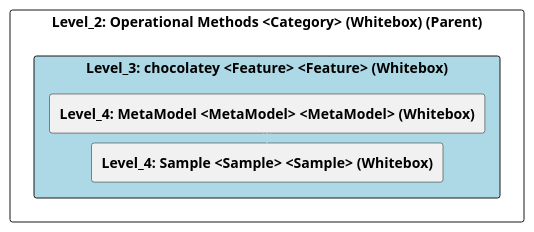
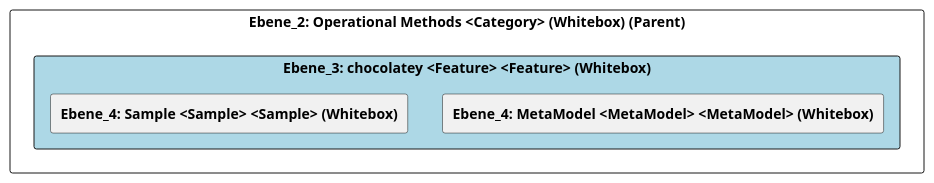
The diagram in doc/cleonproject_deliverables_architecture_model_architecture/adoc/de/05_bausteinsicht/cleon/operational_methods/chocolatey/ebene_3_chocolatey.adoc (marcozwyssig/cleon), drawn with PlantUML before and after one commit. The commit also changed other lines of this file and 150 other files, not shown here.

```diff
--- a/doc/cleonproject_deliverables_architecture_model_architecture/adoc/de/05_bausteinsicht/cleon/operational_methods/chocolatey/ebene_3_chocolatey.adoc
+++ b/doc/cleonproject_deliverables_architecture_model_architecture/adoc/de/05_bausteinsicht/cleon/operational_methods/chocolatey/ebene_3_chocolatey.adoc
@@ -20,28 +20,25 @@
-[plantuml, Level_3: chocolatey <Feature> <Feature> (Whitebox)BlockOverview, format="svg"]
+[plantuml, Ebene_3: chocolatey <Feature> <Feature> (Whitebox)BlockOverview, format="svg"]
 ----
-@startuml Level_3: chocolatey <Feature> <Feature> (Whitebox)BuildingBlockOverview
+@startuml Ebene_3: chocolatey <Feature> <Feature> (Whitebox)BuildingBlockOverview
 
 skinparam ranksep 10
 skinparam componentStyle rectangle
 skinparam shadowing false
 skinparam arrowColor lightblue
 skinparam arrowThickness 1.2
 skinparam rectangle {
   BackgroundColor White
   BorderColor #333
   RoundCorner 10
 }
 top to bottom direction
 
-component "Level_2: Operational Methods <Category> (Whitebox) (Parent)" {
-    component "Level_3: chocolatey <Feature> <Feature> (Whitebox)" #lightblue {
-        [**Level_4: MetaModel <MetaModel> <MetaModel> (Whitebox)**] as 4A570576_D579_11EE_903E_9F564E4DE07E
-        [**Level_4: Sample <Sample> <Sample> (Whitebox)**] as 4A56DE3C_D579_11EE_903E_9F564E4DE07E
+component "Ebene_2: Operational Methods <Category> (Whitebox) (Parent)" {
+    component "Ebene_3: chocolatey <Feature> <Feature> (Whitebox)" #lightblue {
+        [**Ebene_4: MetaModel <MetaModel> <MetaModel> (Whitebox)**] as 4A570576_D579_11EE_903E_9F564E4DE07E
+        [**Ebene_4: Sample <Sample> <Sample> (Whitebox)**] as 4A56DE3C_D579_11EE_903E_9F564E4DE07E
     }
-
-    4A570576_D579_11EE_903E_9F564E4DE07E -down-> 4A56DE3C_D579_11EE_903E_9F564E4DE07E
-    
 }
 
 @enduml
 ----
```
